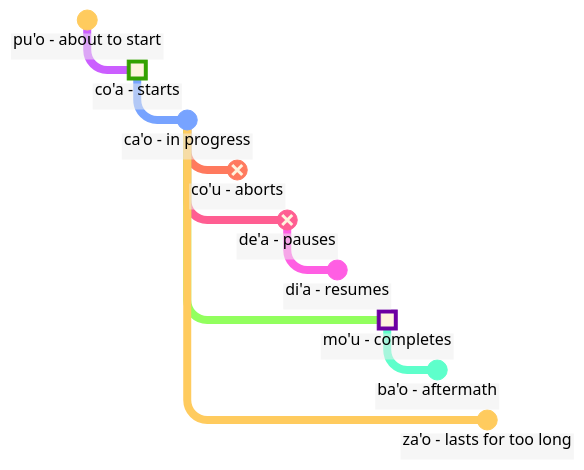
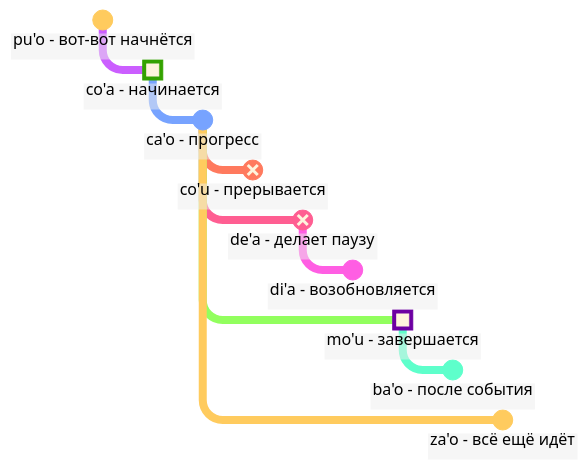
One commit to La-Lojban/lojban.pw changed the diagram in data/pages/ru/books/learn-lojban/!6.md. Above: the diagram before and after it, drawn with Mermaid. The commit also changed other lines of this file and 18 other files, not shown here.

````diff
--- a/data/pages/ru/books/learn-lojban/!6.md
+++ b/data/pages/ru/books/learn-lojban/!6.md
@@ -356,57 +359,57 @@
 ```mermaid
 %%{
     init: { 
         'logLevel': 'debug',
         'theme': 'base',
         'themeVariables': {
                 'commitLabelColor': '#000',
                 'commitLabelBackground': '#eee',
                 'commitLabelFontSize': '16px',
                 'tagLabelFontSize': '14px'
         },
         'htmlLabels': true,
         'gitGraph': {
             'showCommitLabel':true,
             'mainBranchName': 'event',
             'rotateCommitLabel': false,
             'showBranches': false
         }
     }
 }%%
 
 gitGraph
     checkout event
-    commit id: "pu'o - about to start"
+    commit id: "pu'o - вот-вот начнётся"
 
     checkout event
     branch start
-    commit id: "co'a - starts" type:HIGHLIGHT
+    commit id: "co'a - начинается" type:HIGHLIGHT
 
     checkout start
     branch progress
-    commit id: "ca'o - in progress"
+    commit id: "ca'o - прогресс"
 
     checkout progress
     branch stop
-    commit id: "co'u - aborts" type: REVERSE
+    commit id: "co'u - прерывается" type: REVERSE
 
     checkout progress
     branch "pause"
-    commit id: "de'a - pauses" type: REVERSE
+    commit id: "de'a - делает паузу" type: REVERSE
 
     checkout "pause"
     branch resume
-    commit id: "di'a - resumes"
+    commit id: "di'a - возобновляется"
 
     checkout progress
     branch completion
-    commit id: "mo'u - completes" type: HIGHLIGHT
+    commit id: "mo'u - завершается" type: HIGHLIGHT
 
     checkout completion
     branch aftermath
-    commit id: "ba'o - aftermath"
+    commit id: "ba'o - после события"
 
     checkout progress
     branch overdue
-    commit id: "za'o - lasts for too long"
+    commit id: "za'o - всё ещё идёт"
 ```
````
